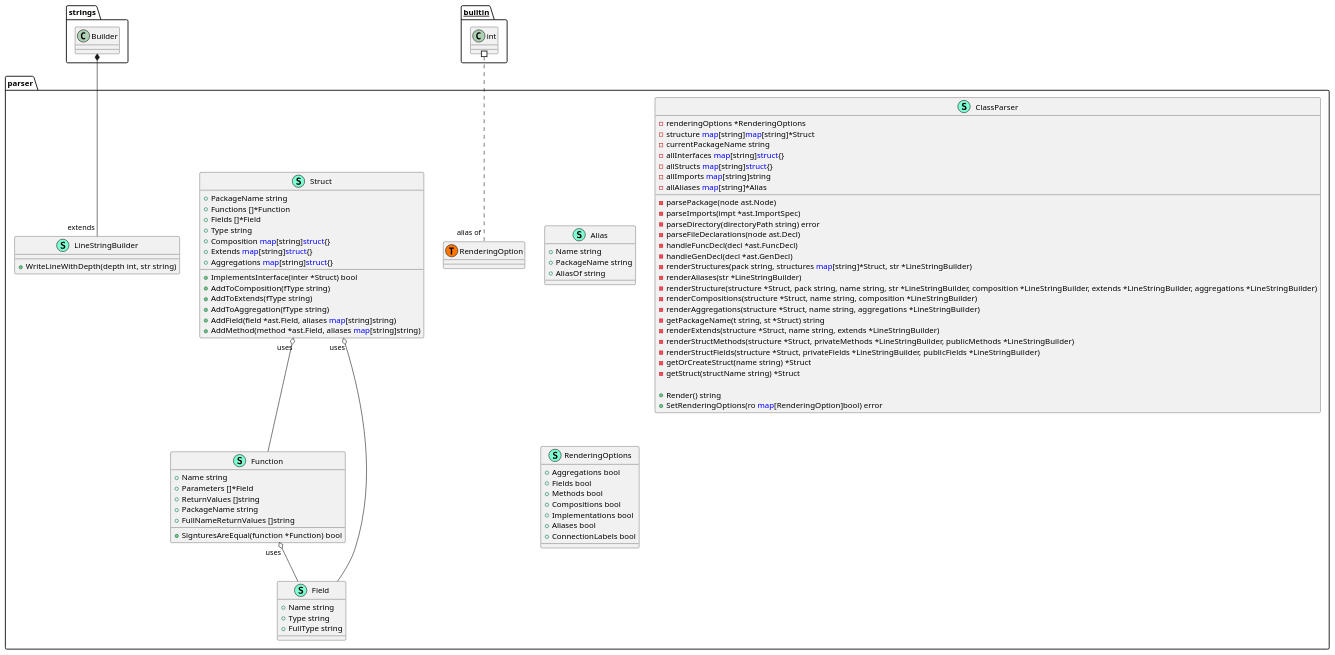
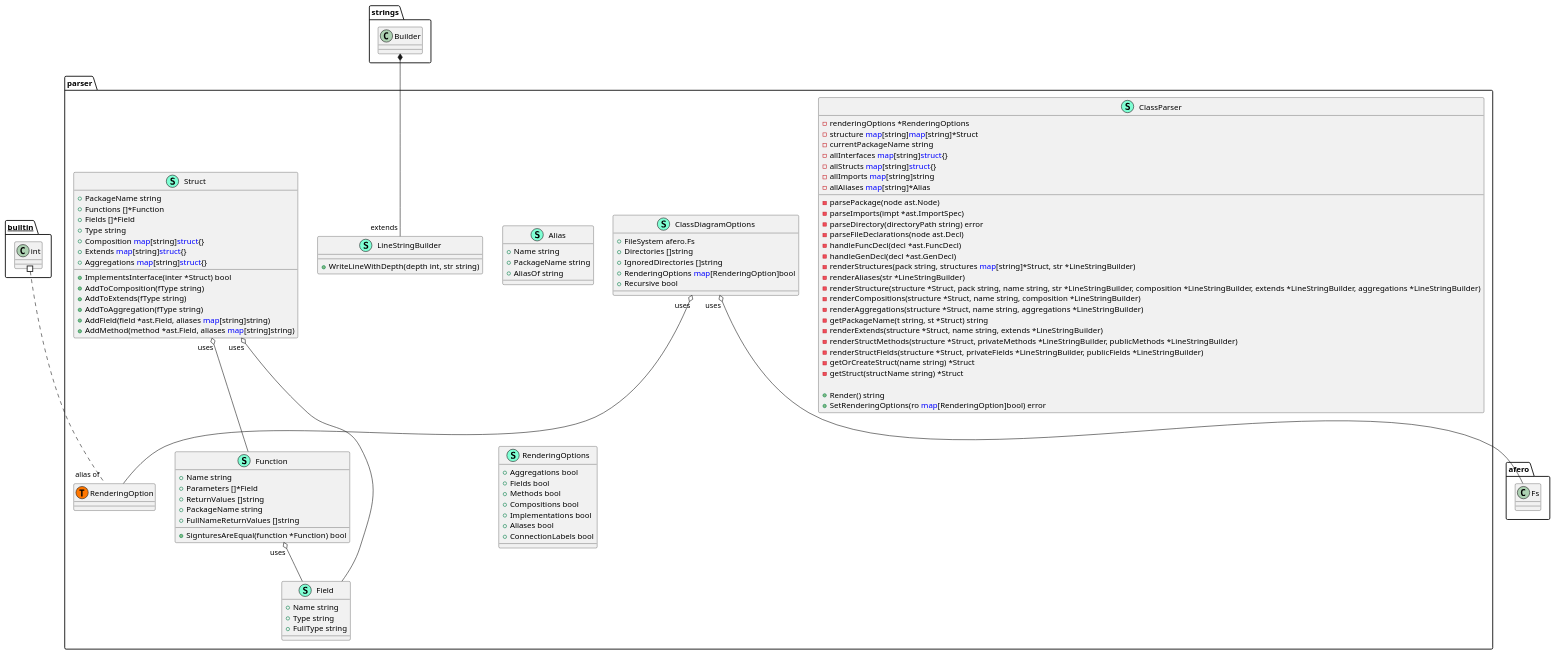
The diagram in ClassDiagram.puml (thgoexpt/PlantUML-Class-Diagram-Generator-for-golang-projects), drawn with PlantUML before and after one commit.

Commit message:
updated class diagram

```diff
--- a/ClassDiagram.puml
+++ b/ClassDiagram.puml
@@ -1,98 +1,108 @@
 @startuml
 namespace parser {
     class Alias << (S,Aquamarine) >> {
         + Name string
         + PackageName string
         + AliasOf string
+
+    }
+    class ClassDiagramOptions << (S,Aquamarine) >> {
+        + FileSystem afero.Fs
+        + Directories []string
+        + IgnoredDirectories []string
+        + RenderingOptions <font color=blue>map</font>[RenderingOption]bool
+        + Recursive bool
 
     }
     class ClassParser << (S,Aquamarine) >> {
         - renderingOptions *RenderingOptions
         - structure <font color=blue>map</font>[string]<font color=blue>map</font>[string]*Struct
         - currentPackageName string
         - allInterfaces <font color=blue>map</font>[string]<font color=blue>struct</font>{}
         - allStructs <font color=blue>map</font>[string]<font color=blue>struct</font>{}
         - allImports <font color=blue>map</font>[string]string
         - allAliases <font color=blue>map</font>[string]*Alias
 
         - parsePackage(node ast.Node) 
         - parseImports(impt *ast.ImportSpec) 
         - parseDirectory(directoryPath string) error
         - parseFileDeclarations(node ast.Decl) 
         - handleFuncDecl(decl *ast.FuncDecl) 
         - handleGenDecl(decl *ast.GenDecl) 
         - renderStructures(pack string, structures <font color=blue>map</font>[string]*Struct, str *LineStringBuilder) 
         - renderAliases(str *LineStringBuilder) 
         - renderStructure(structure *Struct, pack string, name string, str *LineStringBuilder, composition *LineStringBuilder, extends *LineStringBuilder, aggregations *LineStringBuilder) 
         - renderCompositions(structure *Struct, name string, composition *LineStringBuilder) 
         - renderAggregations(structure *Struct, name string, aggregations *LineStringBuilder) 
         - getPackageName(t string, st *Struct) string
         - renderExtends(structure *Struct, name string, extends *LineStringBuilder) 
         - renderStructMethods(structure *Struct, privateMethods *LineStringBuilder, publicMethods *LineStringBuilder) 
         - renderStructFields(structure *Struct, privateFields *LineStringBuilder, publicFields *LineStringBuilder) 
         - getOrCreateStruct(name string) *Struct
         - getStruct(structName string) *Struct
 
         + Render() string
         + SetRenderingOptions(ro <font color=blue>map</font>[RenderingOption]bool) error
 
     }
     class Field << (S,Aquamarine) >> {
         + Name string
         + Type string
         + FullType string
 
     }
     class Function << (S,Aquamarine) >> {
         + Name string
         + Parameters []*Field
         + ReturnValues []string
         + PackageName string
         + FullNameReturnValues []string
 
         + SignturesAreEqual(function *Function) bool
 
     }
     class LineStringBuilder << (S,Aquamarine) >> {
         + WriteLineWithDepth(depth int, str string) 
 
     }
     class RenderingOptions << (S,Aquamarine) >> {
         + Aggregations bool
         + Fields bool
         + Methods bool
         + Compositions bool
         + Implementations bool
         + Aliases bool
         + ConnectionLabels bool
 
     }
     class Struct << (S,Aquamarine) >> {
         + PackageName string
         + Functions []*Function
         + Fields []*Field
         + Type string
         + Composition <font color=blue>map</font>[string]<font color=blue>struct</font>{}
         + Extends <font color=blue>map</font>[string]<font color=blue>struct</font>{}
         + Aggregations <font color=blue>map</font>[string]<font color=blue>struct</font>{}
 
         + ImplementsInterface(inter *Struct) bool
         + AddToComposition(fType string) 
         + AddToExtends(fType string) 
         + AddToAggregation(fType string) 
         + AddField(field *ast.Field, aliases <font color=blue>map</font>[string]string) 
         + AddMethod(method *ast.Field, aliases <font color=blue>map</font>[string]string) 
 
     }
     class parser.RenderingOption << (T, #FF7700) >>  {
     }
 }
 "strings.Builder" *-- "extends""parser.LineStringBuilder"
 
 
+"parser.ClassDiagramOptions""uses" o-- "afero.Fs"
+"parser.ClassDiagramOptions""uses" o-- "parser.RenderingOption"
 "parser.Function""uses" o-- "parser.Field"
 "parser.Struct""uses" o-- "parser.Field"
 "parser.Struct""uses" o-- "parser.Function"
 
 "__builtin__.int" #.. "alias of""parser.RenderingOption"
 @enduml
```
